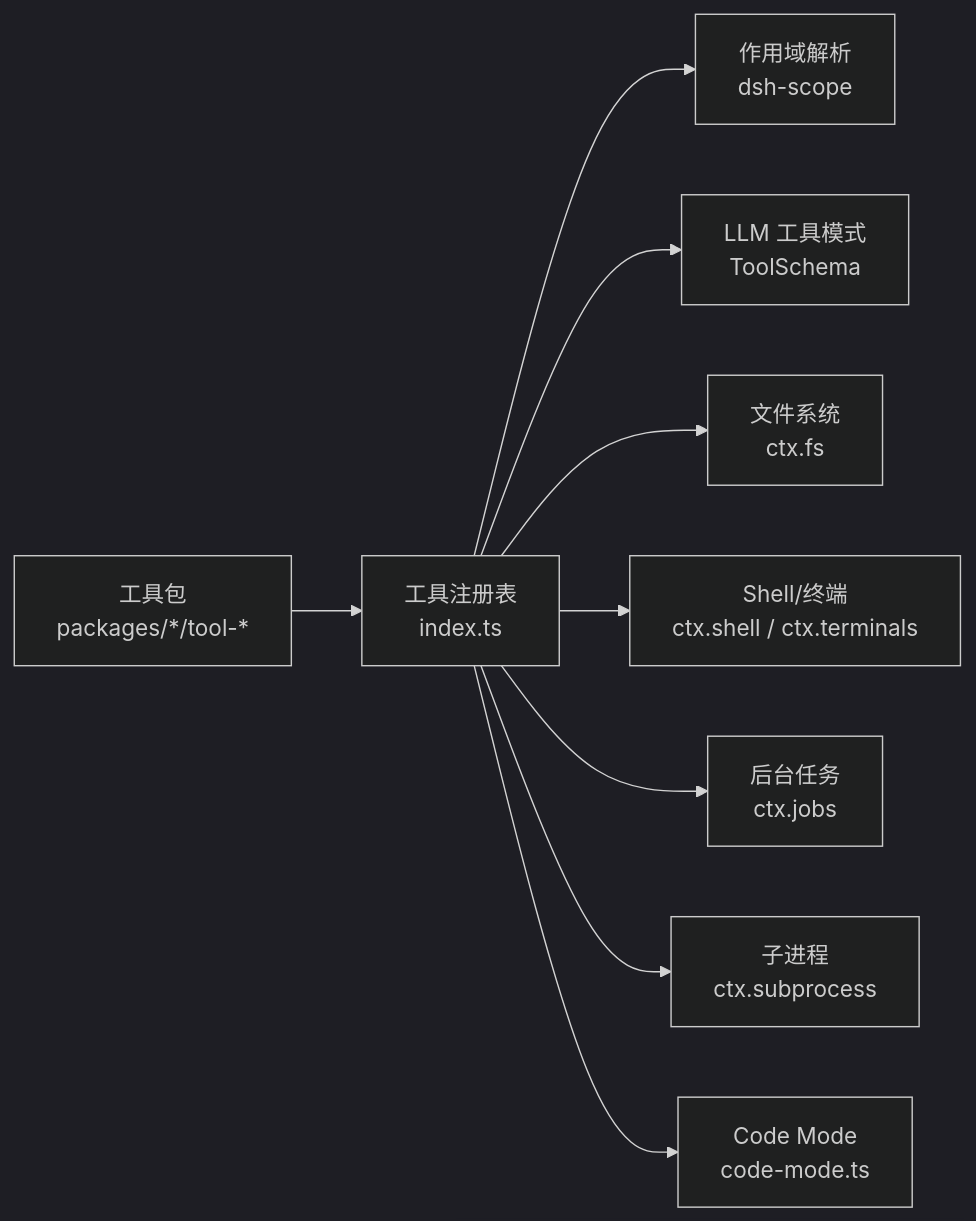
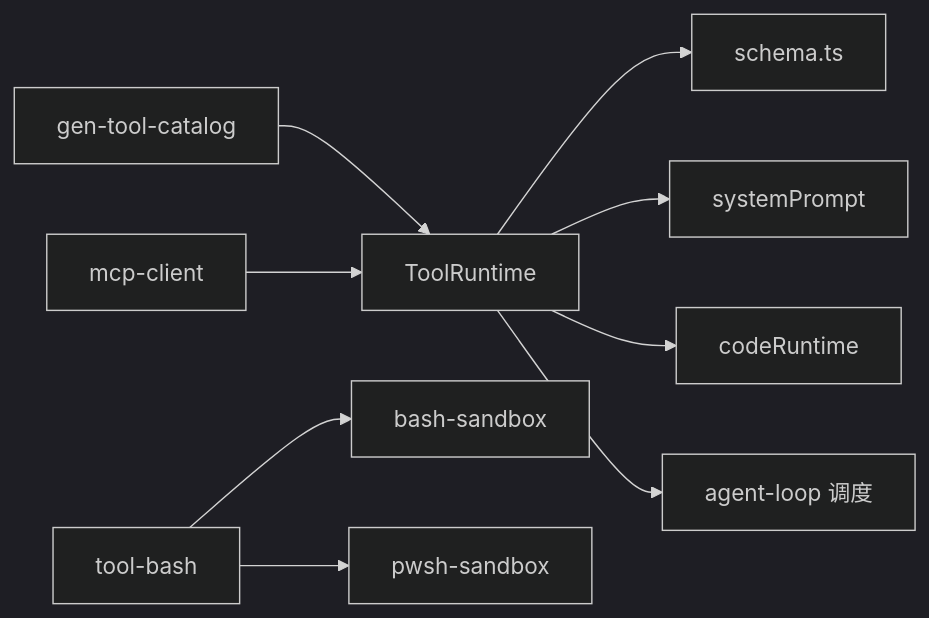
The ninth of 9 diagrams in .qoder/repowiki/zh/content/核心概念/工具系统.md (gongzili456/deepseek-harness), drawn with Mermaid (dark theme) before and after one commit. The commit also changed other lines of this file and 1001 other files, not shown here.

````diff
--- a/.qoder/repowiki/zh/content/核心概念/工具系统.md
+++ b/.qoder/repowiki/zh/content/核心概念/工具系统.md
@@ -219,11 +317,11 @@
 ```mermaid
 graph LR
-Tools["工具包<br/>packages/*/tool-*"] --> Reg["工具注册表<br/>index.ts"]
-Reg --> Scope["作用域解析<br/>dsh-scope"]
-Reg --> LLM["LLM 工具模式<br/>ToolSchema"]
-Reg --> FS["文件系统<br/>ctx.fs"]
-Reg --> Shell["Shell/终端<br/>ctx.shell / ctx.terminals"]
-Reg --> Jobs["后台任务<br/>ctx.jobs"]
-Reg --> Subproc["子进程<br/>ctx.subprocess"]
-Reg --> Code["Code Mode<br/>code-mode.ts"]
+TR["ToolRuntime"] --> SC["schema.ts"]
+TR --> SP["systemPrompt"]
+TR --> CR["codeRuntime"]
+TR --> AL["agent-loop 调度"]
+TB["tool-bash"] --> SB["bash-sandbox"]
+TB --> PW["pwsh-sandbox"]
+GEN["gen-tool-catalog"] --> TR
+MCP["mcp-client"] --> TR
 ```
````
